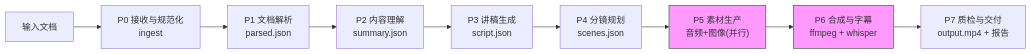
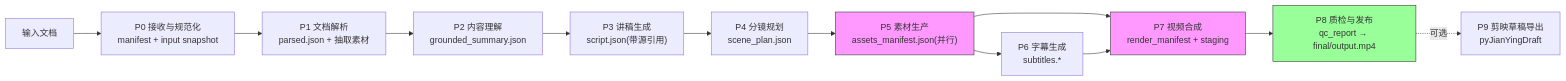
One commit to raoziqiang/doc2video changed the diagram in 技术方案.md. Above: the diagram before and after it, drawn with Mermaid. The commit also changed other lines of this file and 1 other file, not shown here.

````diff
--- a/技术方案.md
+++ b/技术方案.md
@@ -134,14 +137,18 @@
 ```mermaid
 flowchart LR
-    A[输入文档] --> B["P0 接收与规范化<br/>ingest"]
-    B --> C["P1 文档解析<br/>parsed.json"]
-    C --> D["P2 内容理解<br/>summary.json"]
-    D --> E["P3 讲稿生成<br/>script.json"]
-    E --> F["P4 分镜规划<br/>scenes.json"]
-    F --> G["P5 素材生产<br/>音频+图像(并行)"]
-    G --> H["P6 合成与字幕<br/>ffmpeg + whisper"]
-    H --> I["P7 质检与交付<br/>output.mp4 + 报告"]
+    A[输入文档] --> B["P0 接收与规范化<br/>manifest + input snapshot"]
+    B --> C["P1 文档解析<br/>parsed.json + 抽取素材"]
+    C --> D["P2 内容理解<br/>grounded_summary.json"]
+    D --> E["P3 讲稿生成<br/>script.json(带源引用)"]
+    E --> F["P4 分镜规划<br/>scene_plan.json"]
+    F --> G["P5 素材生产<br/>assets_manifest.json(并行)"]
+    G --> H["P6 字幕生成<br/>subtitles.*"]
+    G --> I["P7 视频合成<br/>render_manifest + staging"]
+    H --> I
+    I --> J["P8 质检与发布<br/>qc_report → final/output.mp4"]
+    J -.->|可选| K["P9 剪映草稿导出<br/>pyJianYingDraft"]
 
     style G fill:#f9f,stroke:#333
-    style H fill:#f9f,stroke:#333
+    style I fill:#f9f,stroke:#333
+    style J fill:#9f9,stroke:#333
 ```
````
